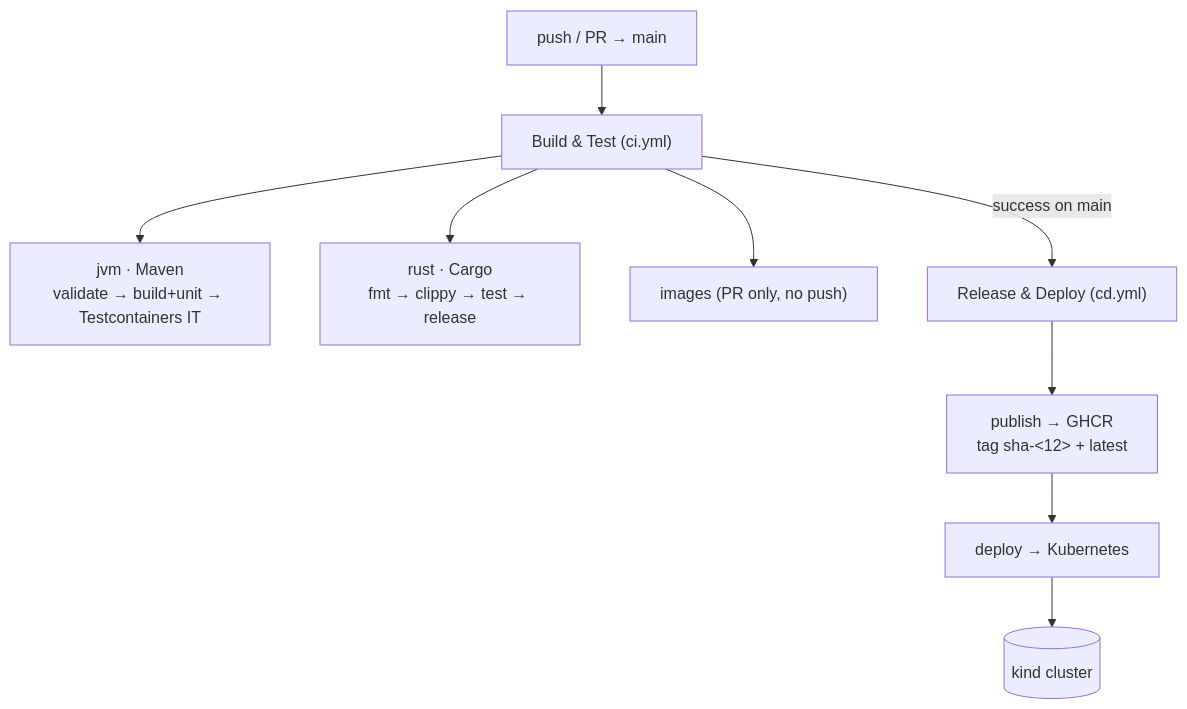
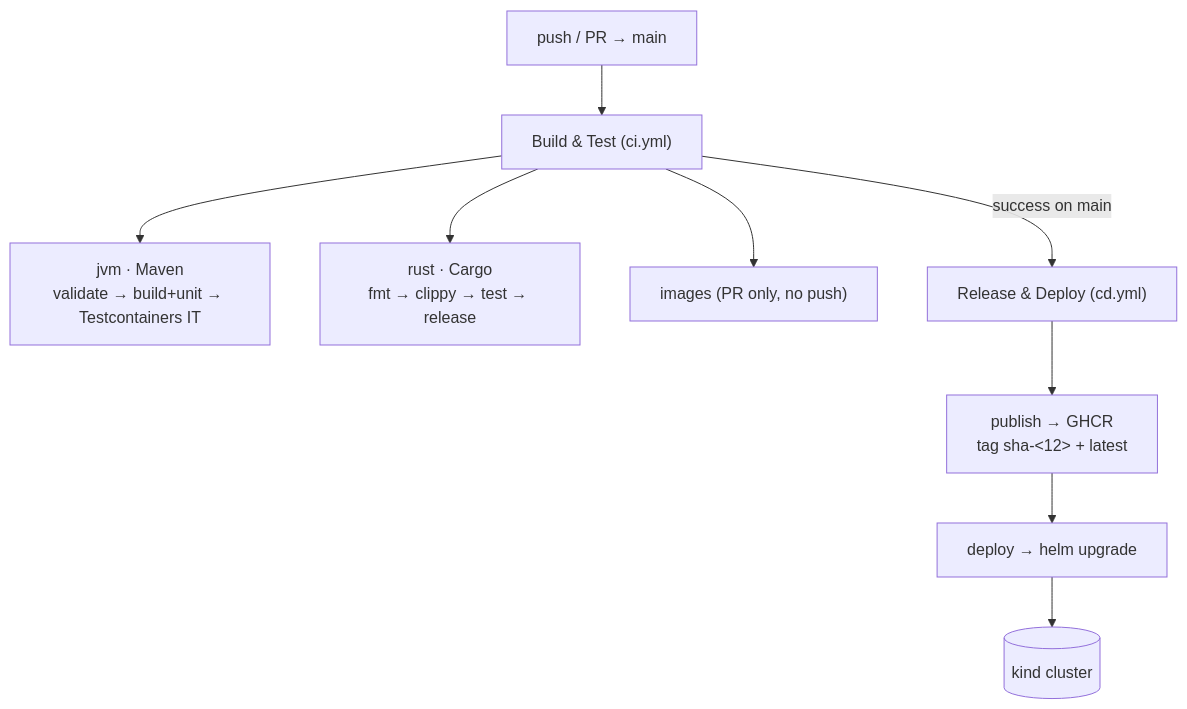
The diagram in docs/cicd.md (TwistedLady/elevator-system), drawn with Mermaid before and after one commit. The commit also changed other lines of this file and 20 other files, not shown here.

````diff
--- a/docs/cicd.md
+++ b/docs/cicd.md
@@ -6,10 +6,10 @@
 ```mermaid
 flowchart TB
   push["push / PR → main"] --> bt["Build & Test (ci.yml)"]
   bt --> jvm["jvm · Maven<br/>validate → build+unit → Testcontainers IT"]
   bt --> rust["rust · Cargo<br/>fmt → clippy → test → release"]
   bt --> img["images (PR only, no push)"]
   bt -->|success on main| rd["Release & Deploy (cd.yml)"]
   rd --> pub["publish → GHCR<br/>tag sha-&lt;12&gt; + latest"]
-  pub --> dep["deploy → Kubernetes"] --> k8s[("kind cluster")]
+  pub --> dep["deploy → helm upgrade"] --> k8s[("kind cluster")]
 ```
````
